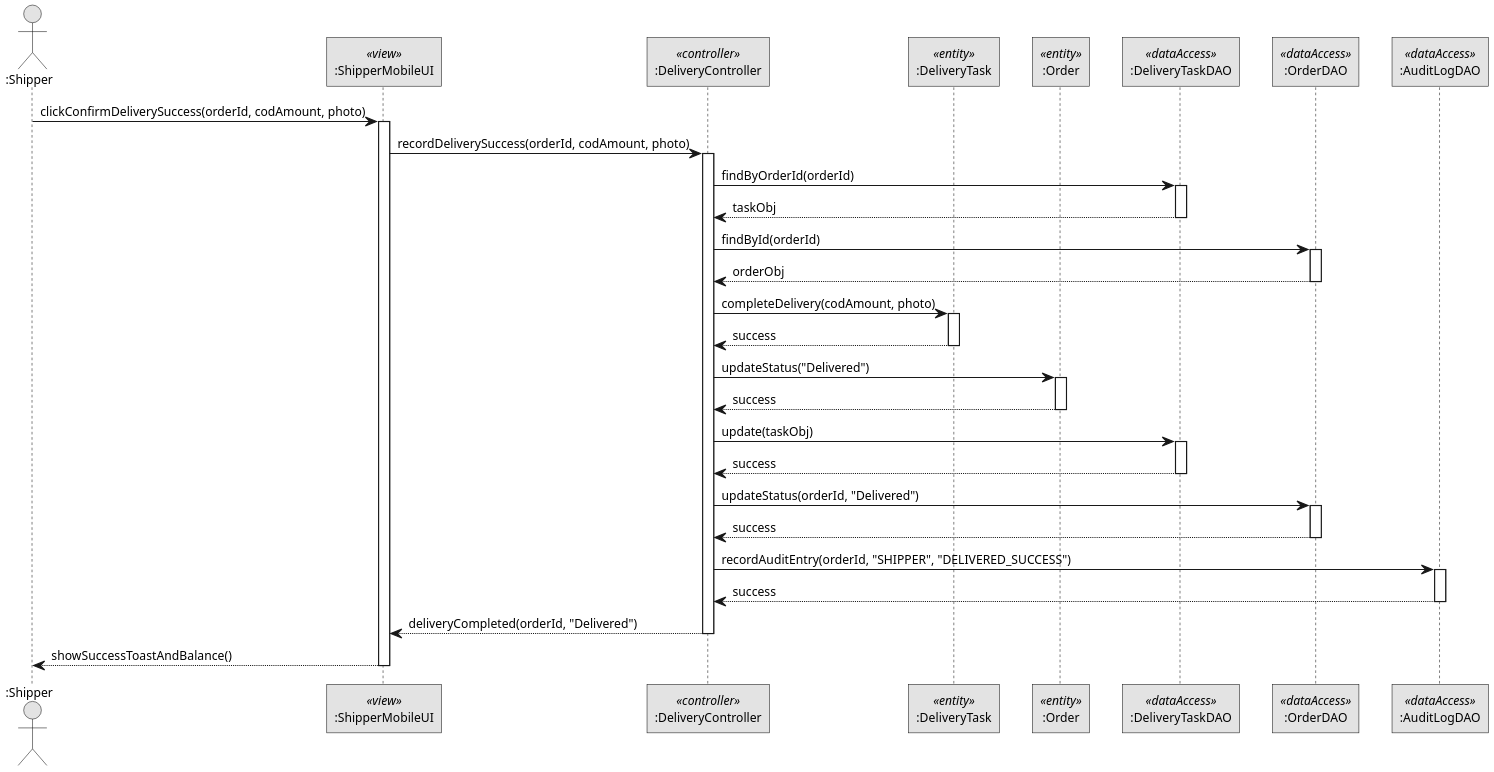
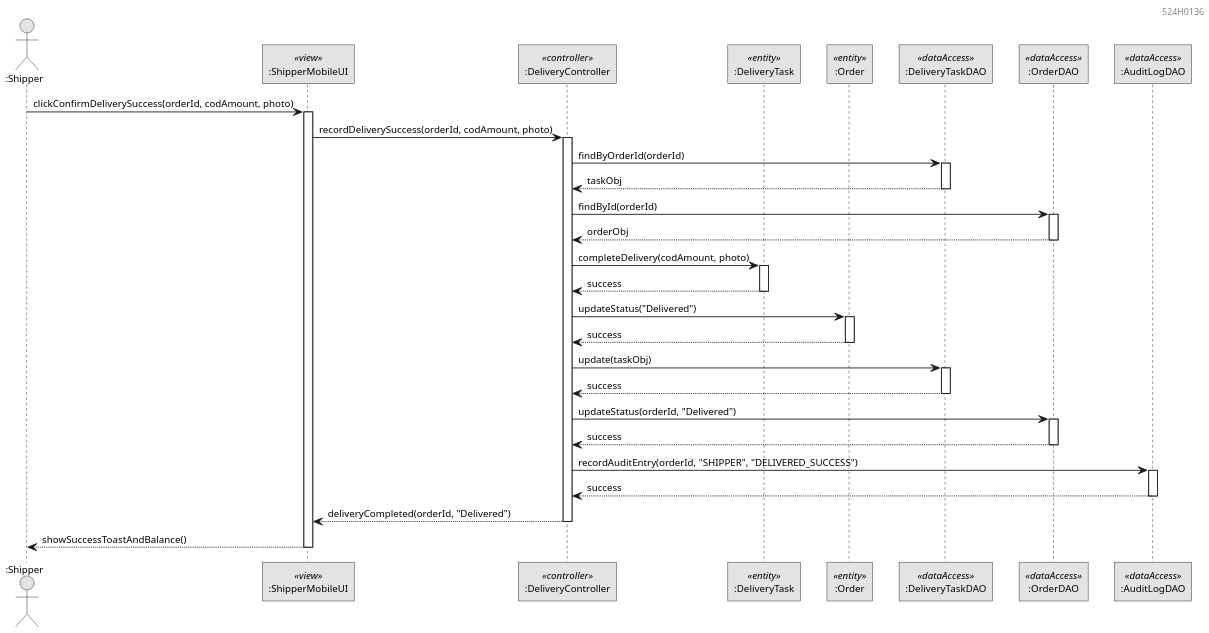
Before and after one commit to DoQuocTrung06/SaigonBite-RAD-TeamF10: the diagram in Part_2/image_Tuu/UC10_3Layer_Sequence_Diagram.puml, drawn with PlantUML. The commit also changed 13 other files, not shown here.

Commit message:
style(diagrams): standardize UC10/UC16 UML diagrams with author header 524H0136 and clean compact layout (524H0136)

```diff
--- a/Part_2/image_Tuu/UC10_3Layer_Sequence_Diagram.puml
+++ b/Part_2/image_Tuu/UC10_3Layer_Sequence_Diagram.puml
@@ -1,67 +1,68 @@
 @startuml
 skinparam monochrome true
 skinparam shadowing false
 skinparam backgroundColor #FFFFFF
 skinparam defaultFontName Arial
 skinparam defaultFontSize 11
 skinparam roundCorner 0
-skinparam dpi 200
+skinparam dpi 160
 skinparam ParticipantPadding 10
 skinparam BoxPadding 10
+right header 524H0136
 
 actor ":Shipper" as Shipper
 participant ":ShipperMobileUI" as UI <<view>>
 participant ":DeliveryController" as Ctrl <<controller>>
 participant ":DeliveryTask" as Task <<entity>>
 participant ":Order" as Order <<entity>>
 participant ":DeliveryTaskDAO" as TaskDAO <<dataAccess>>
 participant ":OrderDAO" as OrderDAO <<dataAccess>>
 participant ":AuditLogDAO" as AuditDAO <<dataAccess>>
 
 Shipper -> UI: clickConfirmDeliverySuccess(orderId, codAmount, photo)
 activate UI
 UI -> Ctrl: recordDeliverySuccess(orderId, codAmount, photo)
 activate Ctrl
 
 Ctrl -> TaskDAO: findByOrderId(orderId)
 activate TaskDAO
 TaskDAO --> Ctrl: taskObj
 deactivate TaskDAO
 
 Ctrl -> OrderDAO: findById(orderId)
 activate OrderDAO
 OrderDAO --> Ctrl: orderObj
 deactivate OrderDAO
 
 Ctrl -> Task: completeDelivery(codAmount, photo)
 activate Task
 Task --> Ctrl: success
 deactivate Task
 
 Ctrl -> Order: updateStatus("Delivered")
 activate Order
 Order --> Ctrl: success
 deactivate Order
 
 Ctrl -> TaskDAO: update(taskObj)
 activate TaskDAO
 TaskDAO --> Ctrl: success
 deactivate TaskDAO
 
 Ctrl -> OrderDAO: updateStatus(orderId, "Delivered")
 activate OrderDAO
 OrderDAO --> Ctrl: success
 deactivate OrderDAO
 
 Ctrl -> AuditDAO: recordAuditEntry(orderId, "SHIPPER", "DELIVERED_SUCCESS")
 activate AuditDAO
 AuditDAO --> Ctrl: success
 deactivate AuditDAO
 
 Ctrl --> UI: deliveryCompleted(orderId, "Delivered")
 deactivate Ctrl
 
 UI --> Shipper: showSuccessToastAndBalance()
 deactivate UI
 
 @enduml
```
